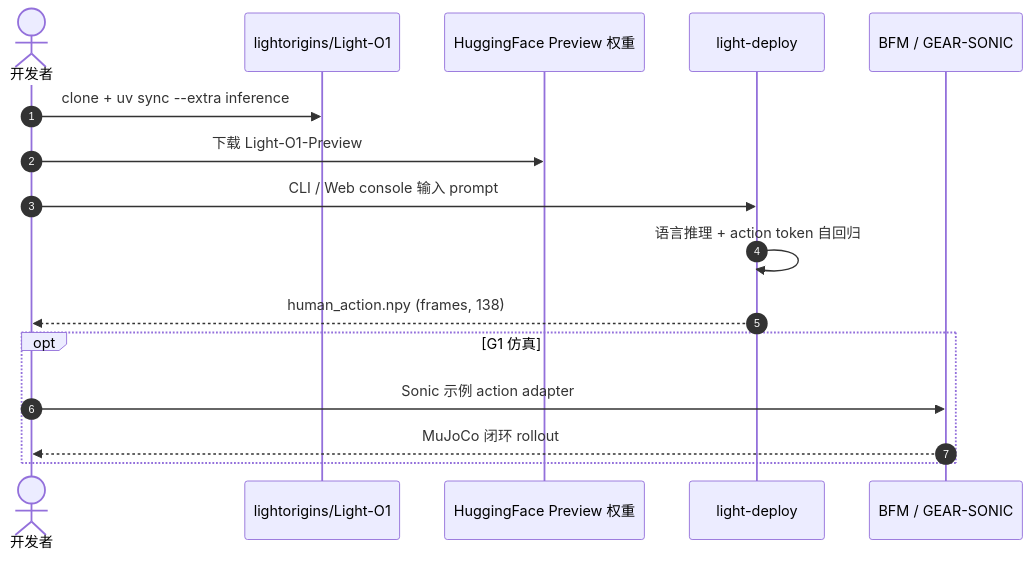
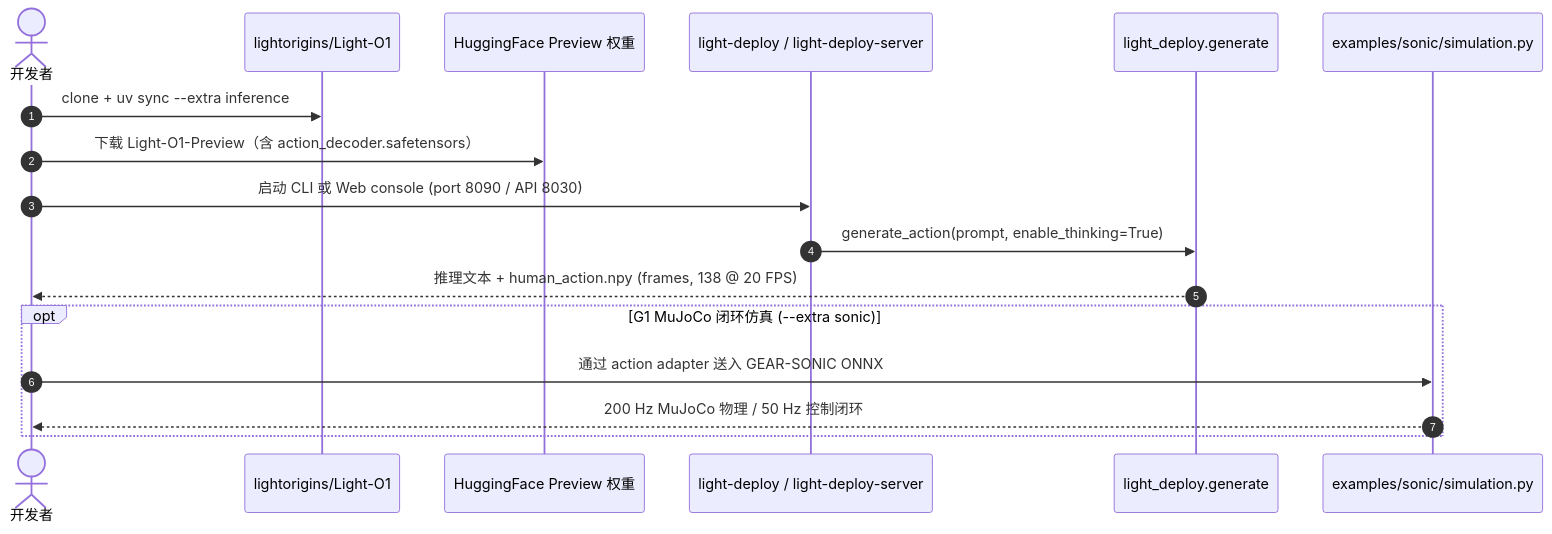
Before and after one commit to ImChong/Robotics_Notebooks: the second of 2 diagrams in wiki/entities/light-o1.md, drawn with Mermaid. The commit also changed other lines of this file and 450 other files, not shown here.

Commit message:
[2026-11-22] ingest | sources/ & wiki/ — 补齐 33 家公司路线 165/167 节点一手原文通读、骨架与 Mermaid 图表至 3/3

````diff
--- a/wiki/entities/light-o1.md
+++ b/wiki/entities/light-o1.md
@@ -114,18 +123,19 @@
 ```mermaid
 sequenceDiagram
     autonumber
     actor Dev as 开发者
     participant Repo as lightorigins/Light-O1
     participant HF as HuggingFace Preview 权重
-    participant Deploy as light-deploy
-    participant BFM as BFM / GEAR-SONIC
+    participant Deploy as light-deploy / light-deploy-server
+    participant Gen as light_deploy.generate
+    participant BFM as examples/sonic/simulation.py
     Dev->>Repo: clone + uv sync --extra inference
-    Dev->>HF: 下载 Light-O1-Preview
-    Dev->>Deploy: CLI / Web console 输入 prompt
-    Deploy->>Deploy: 语言推理 + action token 自回归
-    Deploy-->>Dev: human_action.npy (frames, 138)
-    opt G1 仿真
-        Dev->>BFM: Sonic 示例 action adapter
-        BFM-->>Dev: MuJoCo 闭环 rollout
+    Dev->>HF: 下载 Light-O1-Preview（含 action_decoder.safetensors）
+    Dev->>Deploy: 启动 CLI 或 Web console (port 8090 / API 8030)
+    Deploy->>Gen: generate_action(prompt, enable_thinking=True)
+    Gen-->>Dev: 推理文本 + human_action.npy (frames, 138 @ 20 FPS)
+    opt G1 MuJoCo 闭环仿真 (--extra sonic)
+        Dev->>BFM: 通过 action adapter 送入 GEAR-SONIC ONNX
+        BFM-->>Dev: 200 Hz MuJoCo 物理 / 50 Hz 控制闭环
     end
 ```
````
